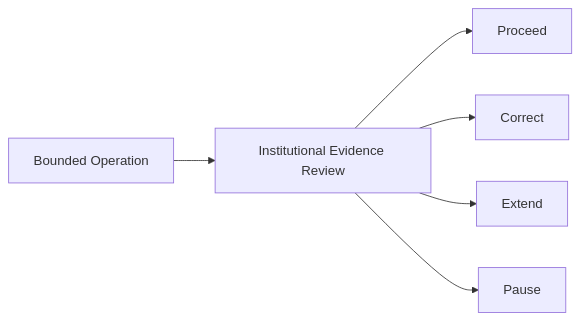
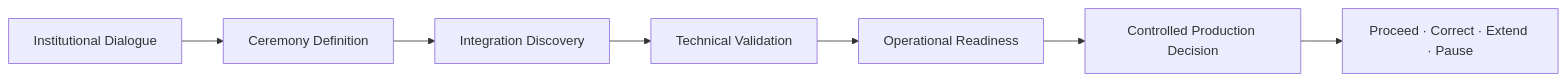
Before and after one commit to 3neti/x-change-monographs: the seventh of 7 diagrams in docs/institutions/philippine-veterans-bank/program-guide/appendices/diagrams.md, drawn with Mermaid. The commit also changed other lines of this file and 21 other files, not shown here.

````diff
--- a/docs/institutions/philippine-veterans-bank/program-guide/appendices/diagrams.md
+++ b/docs/institutions/philippine-veterans-bank/program-guide/appendices/diagrams.md
@@ -81,8 +78,9 @@
 ```mermaid
 flowchart LR
-    Operate["Bounded Operation"] --> Review["Institutional Evidence Review"]
-    Review --> Proceed["Proceed"]
-    Review --> Correct["Correct"]
-    Review --> Extend["Extend"]
-    Review --> Pause["Pause"]
+    Dialogue["Institutional Dialogue"] --> Definition["Ceremony Definition"]
+    Definition --> Discovery["Integration Discovery"]
+    Discovery --> Technical["Technical Validation"]
+    Technical --> Operational["Operational Readiness"]
+    Operational --> Controlled["Controlled Production Decision"]
+    Controlled --> Review["Proceed · Correct · Extend · Pause"]
 ```
````
